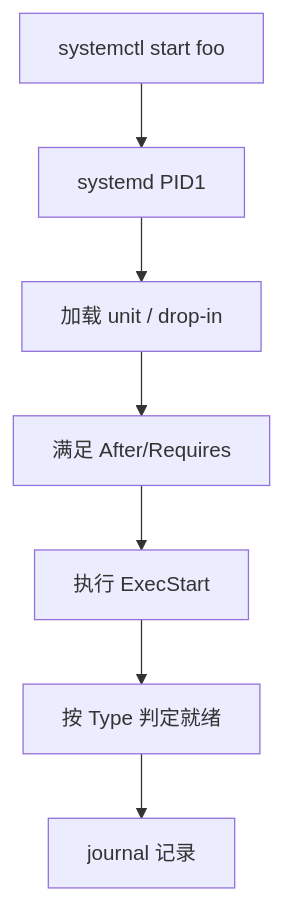
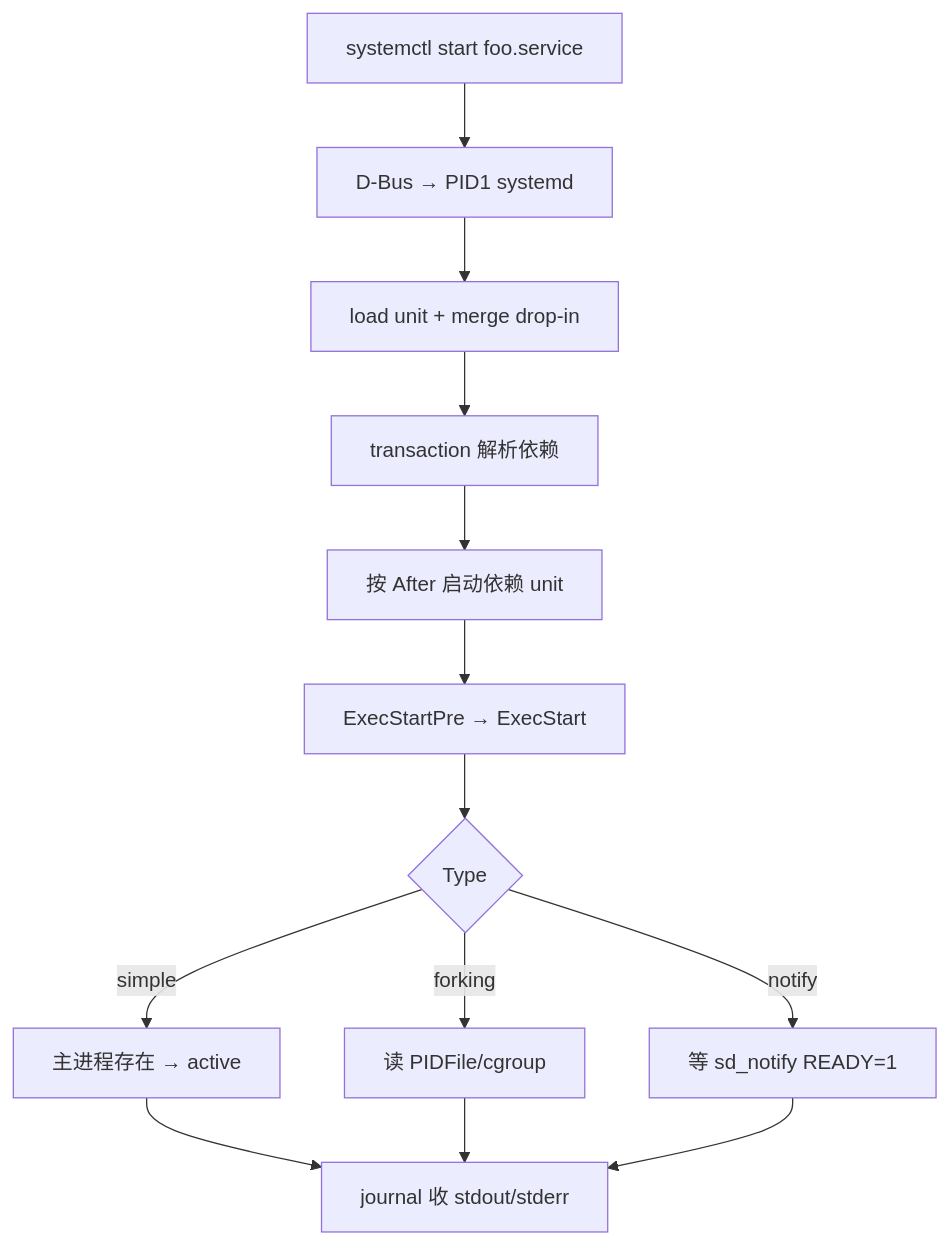
One commit to yanggan2015/knowledge-json-v2 changed the first of 3 diagrams in articles/csdn-merged/Linux运维-systemd服务管理完整篇.md. Above: the diagram before and after it, drawn with Mermaid. The commit also changed other lines of this file and 13 other files, not shown here.

````diff
--- a/articles/csdn-merged/Linux运维-systemd服务管理完整篇.md
+++ b/articles/csdn-merged/Linux运维-systemd服务管理完整篇.md
@@ -34,9 +49,15 @@
 ```mermaid
 flowchart TD
-    A[systemctl start foo] --> B[systemd PID1]
-    B --> C[加载 unit / drop-in]
-    C --> D[满足 After/Requires]
-    D --> E[执行 ExecStart]
-    E --> F[按 Type 判定就绪]
-    F --> G[journal 记录]
+    A[systemctl start foo.service] --> B[D-Bus → PID1 systemd]
+    B --> C[load unit + merge drop-in]
+    C --> D[transaction 解析依赖]
+    D --> E[按 After 启动依赖 unit]
+    E --> F[ExecStartPre → ExecStart]
+    F --> G{Type}
+    G -->|simple| H[主进程存在 → active]
+    G -->|forking| I[读 PIDFile/cgroup]
+    G -->|notify| J[等 sd_notify READY=1]
+    H --> K[journal 收 stdout/stderr]
+    I --> K
+    J --> K
 ```
````
